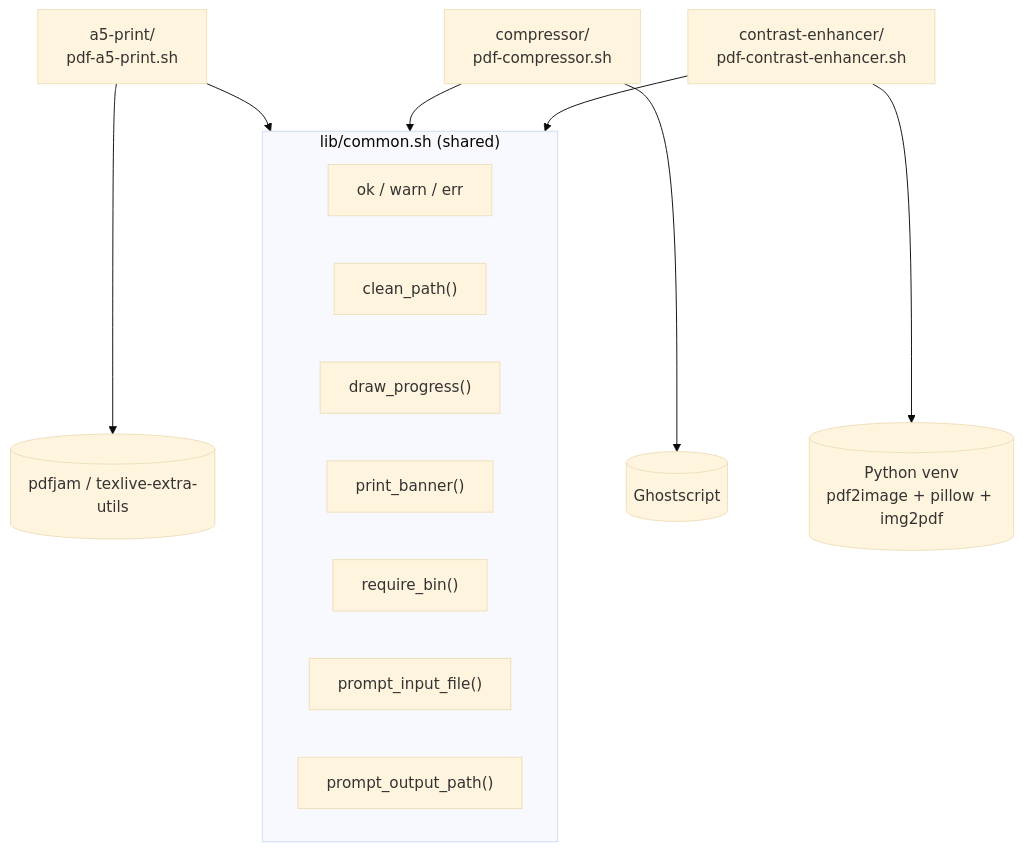
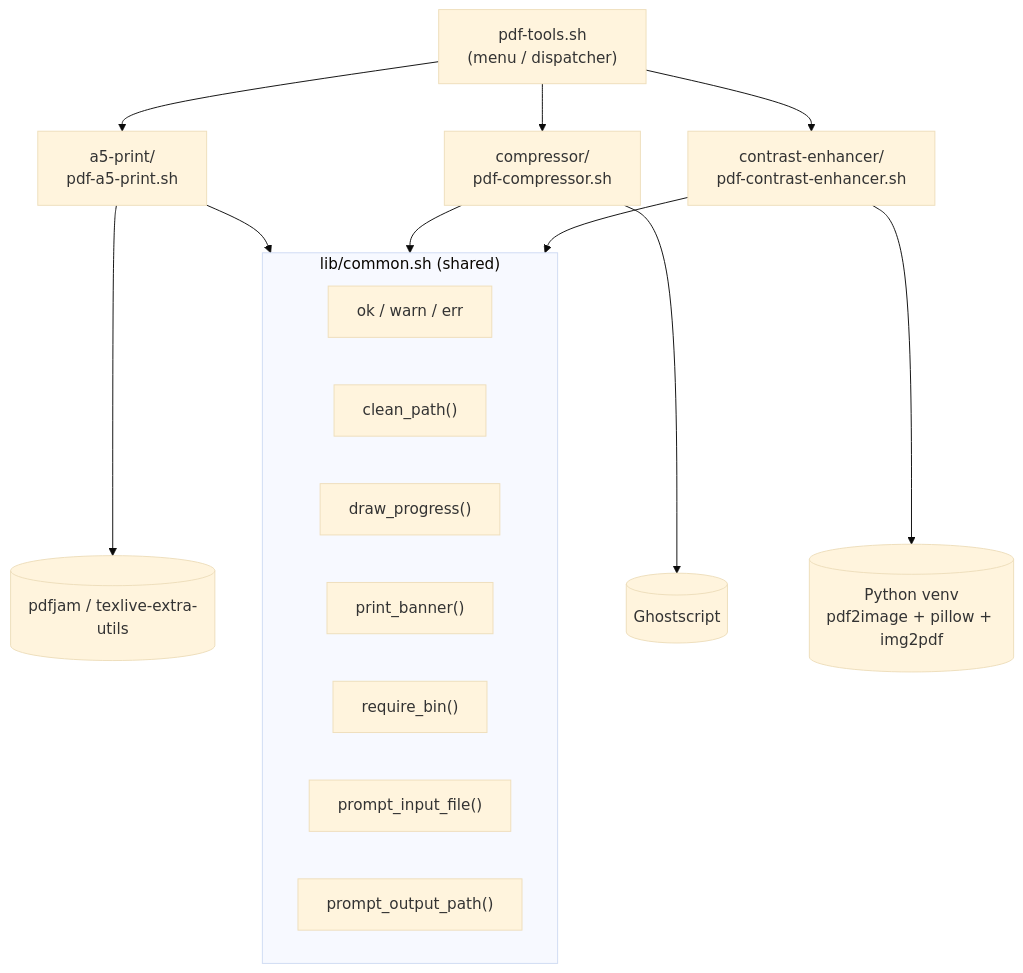
One commit to oleksiisedun/pdf-tools changed the diagram in README.md. Above: the diagram before and after it, drawn with Mermaid (base theme). The commit also changed other lines of this file and 1 other file, not shown here.

First line of the commit message:
Add pdf-tools.sh as a single entry point for all tools

````diff
--- a/README.md
+++ b/README.md
@@ -9,20 +24,26 @@
 ```mermaid
 graph TD
+  Menu["pdf-tools.sh\n(menu / dispatcher)"]
+
   subgraph Lib["lib/common.sh (shared)"]
     Log["ok / warn / err"]
     Clean["clean_path()"]
     Progress["draw_progress()"]
     Banner["print_banner()"]
     ReqBin["require_bin()"]
     PromptIn["prompt_input_file()"]
     PromptOut["prompt_output_path()"]
   end
 
-  A5["a5-print/\npdf-a5-print.sh"] --> Lib
-  Compressor["compressor/\npdf-compressor.sh"] --> Lib
-  Contrast["contrast-enhancer/\npdf-contrast-enhancer.sh"] --> Lib
+  Menu --> A5["a5-print/\npdf-a5-print.sh"]
+  Menu --> Compressor["compressor/\npdf-compressor.sh"]
+  Menu --> Contrast["contrast-enhancer/\npdf-contrast-enhancer.sh"]
+
+  A5 --> Lib
+  Compressor --> Lib
+  Contrast --> Lib
 
   A5 --> Pdfjam[("pdfjam / texlive-extra-utils")]
   Compressor --> Ghostscript[("Ghostscript")]
   Contrast --> Venv[("Python venv\npdf2image + pillow + img2pdf")]
 ```
````
